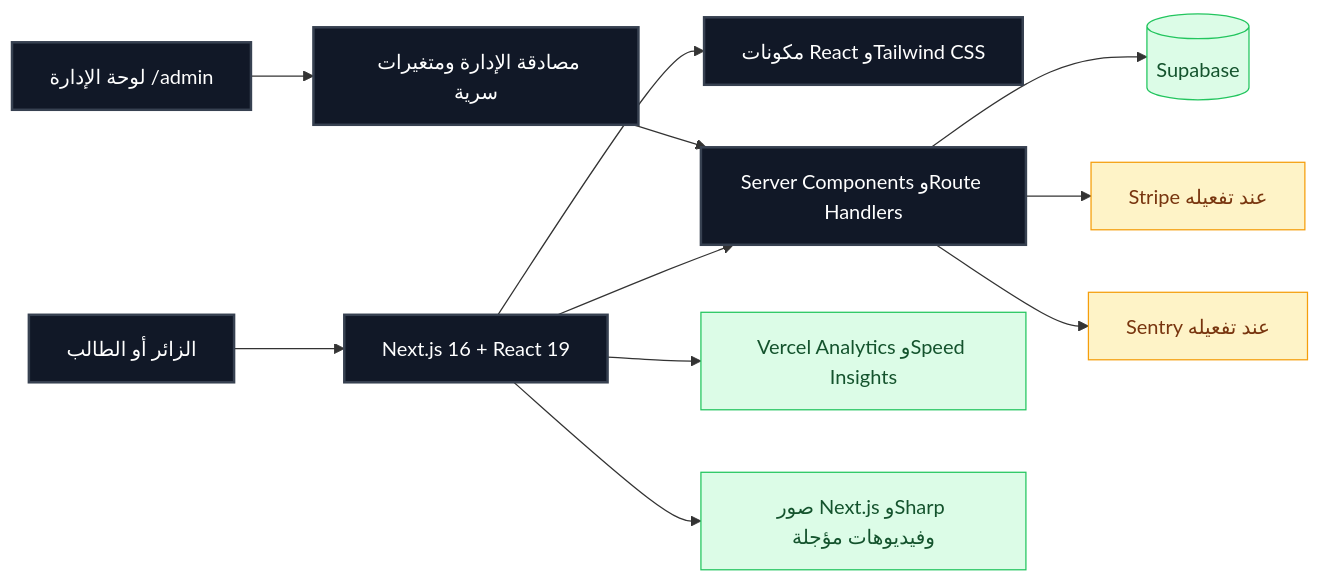
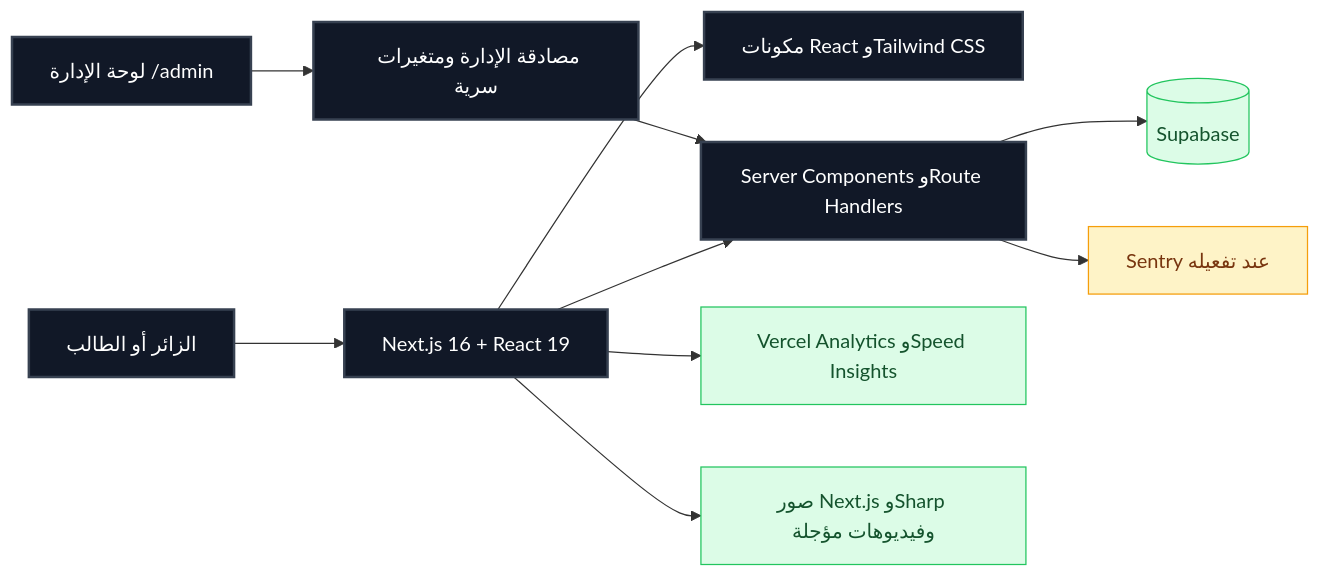
One commit to alymahros25-max/v0-academy-website-development20 changed the second of 3 diagrams in README.md. Above: the diagram before and after it, drawn with Mermaid. The commit also changed other lines of this file and 104 other files, not shown here.

````diff
--- a/README.md
+++ b/README.md
@@ -84,20 +84,19 @@
 ```mermaid
 flowchart LR
     USER[الزائر أو الطالب] --> NEXT[Next.js 16 + React 19]
     NEXT --> UI[مكونات React وTailwind CSS]
     NEXT --> SERVER[Server Components وRoute Handlers]
     SERVER --> DB[(Supabase)]
-    SERVER --> PAY[Stripe عند تفعيله]
     SERVER --> OBS[Sentry عند تفعيله]
     NEXT --> ANALYTICS[Vercel Analytics وSpeed Insights]
     NEXT --> MEDIA[صور Next.js وSharp وفيديوهات مؤجلة]
     ADMINUI[لوحة الإدارة /admin] --> AUTH[مصادقة الإدارة ومتغيرات سرية]
     AUTH --> SERVER
 
     classDef app fill:#111827,color:#fff,stroke:#374151,stroke-width:2px;
     classDef service fill:#dcfce7,color:#14532d,stroke:#22c55e;
     classDef optional fill:#fef3c7,color:#78350f,stroke:#f59e0b;
     class USER,NEXT,UI,SERVER,ADMINUI,AUTH app;
     class DB,MEDIA,ANALYTICS service;
-    class PAY,OBS optional;
+    class OBS optional;
 ```
````
